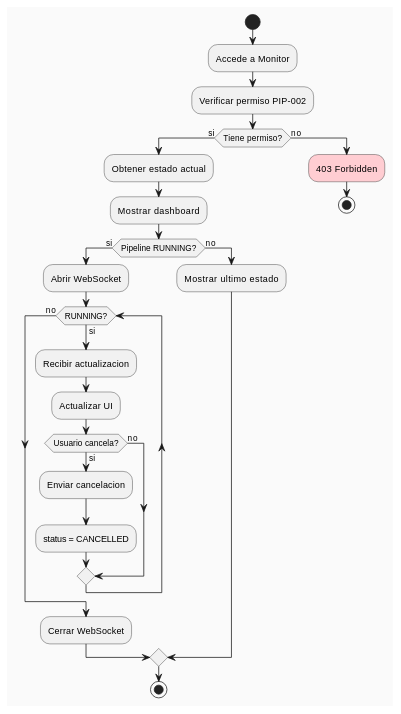
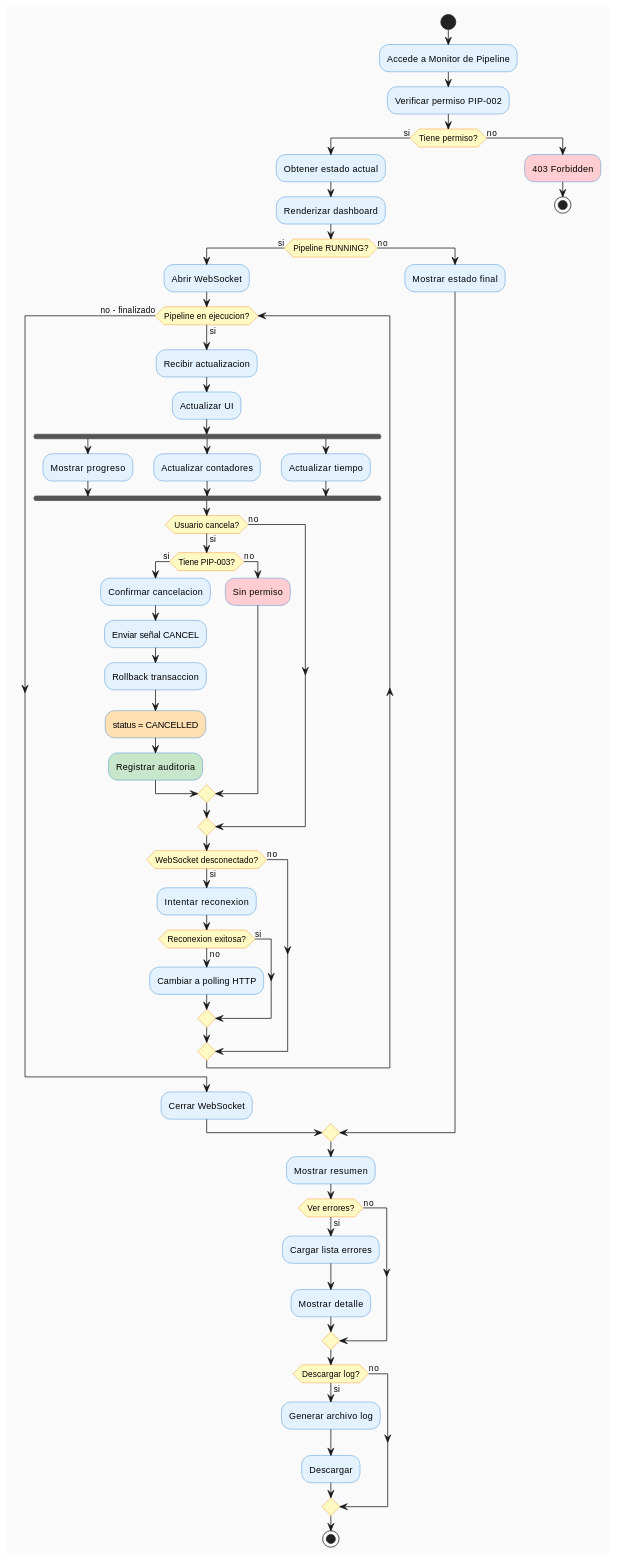
One commit to jcg-admin/IACT-docs changed the third of 3 diagrams in source/requisitos/casos_uso/pipeline/UC_051_Monitorear_Pipeline.rst. Above: the diagram before and after it, drawn with PlantUML. The commit also changed other lines of this file and 4 other files, not shown here.

```diff
--- a/source/requisitos/casos_uso/pipeline/UC_051_Monitorear_Pipeline.rst
+++ b/source/requisitos/casos_uso/pipeline/UC_051_Monitorear_Pipeline.rst
@@ -259,33 +358,78 @@
 
    @startuml
    skinparam backgroundColor #FAFAFA
+   skinparam activity {
+       BackgroundColor #E3F2FD
+       BorderColor #1976D2
+       DiamondBackgroundColor #FFF9C4
+       DiamondBorderColor #F57C00
+   }
 
    start
 
-   :Accede a Monitor;
+   :Accede a Monitor de Pipeline;
    :Verificar permiso PIP-002;
 
    if (Tiene permiso?) then (si)
        :Obtener estado actual;
-       :Mostrar dashboard;
+       :Renderizar dashboard;
 
        if (Pipeline RUNNING?) then (si)
            :Abrir WebSocket;
 
-           while (RUNNING?) is (si)
+           while (Pipeline en ejecucion?) is (si)
                :Recibir actualizacion;
                :Actualizar UI;
 
+               fork
+                   :Mostrar progreso;
+               fork again
+                   :Actualizar contadores;
+               fork again
+                   :Actualizar tiempo;
+               end fork
+
                if (Usuario cancela?) then (si)
-                   :Enviar cancelacion;
-                   :status = CANCELLED;
+                   if (Tiene PIP-003?) then (si)
+                       :Confirmar cancelacion;
+                       :Enviar señal CANCEL;
+                       :Rollback transaccion;
+                       #FFE0B2:status = CANCELLED;
+                       #C8E6C9:Registrar auditoria;
+                   else (no)
+                       #FFCDD2:Sin permiso;
+                   endif
                else (no)
                endif
-           endwhile (no)
+
+               if (WebSocket desconectado?) then (si)
+                   :Intentar reconexion;
+                   if (Reconexion exitosa?) then (no)
+                       :Cambiar a polling HTTP;
+                   else (si)
+                   endif
+               else (no)
+               endif
+
+           endwhile (no - finalizado)
 
            :Cerrar WebSocket;
        else (no)
-           :Mostrar ultimo estado;
+           :Mostrar estado final;
+       endif
+
+       :Mostrar resumen;
+
+       if (Ver errores?) then (si)
+           :Cargar lista errores;
+           :Mostrar detalle;
+       else (no)
+       endif
+
+       if (Descargar log?) then (si)
+           :Generar archivo log;
+           :Descargar;
+       else (no)
        endif
 
        stop
```
